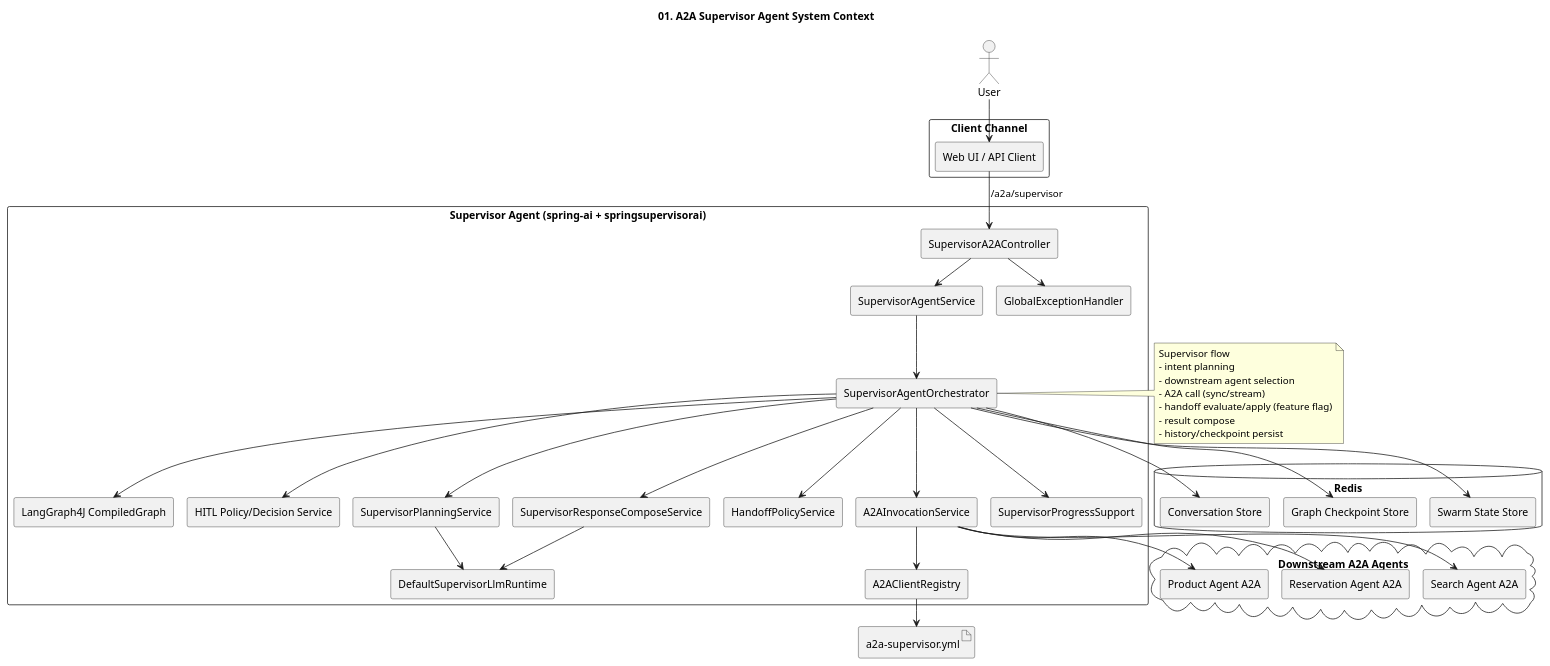
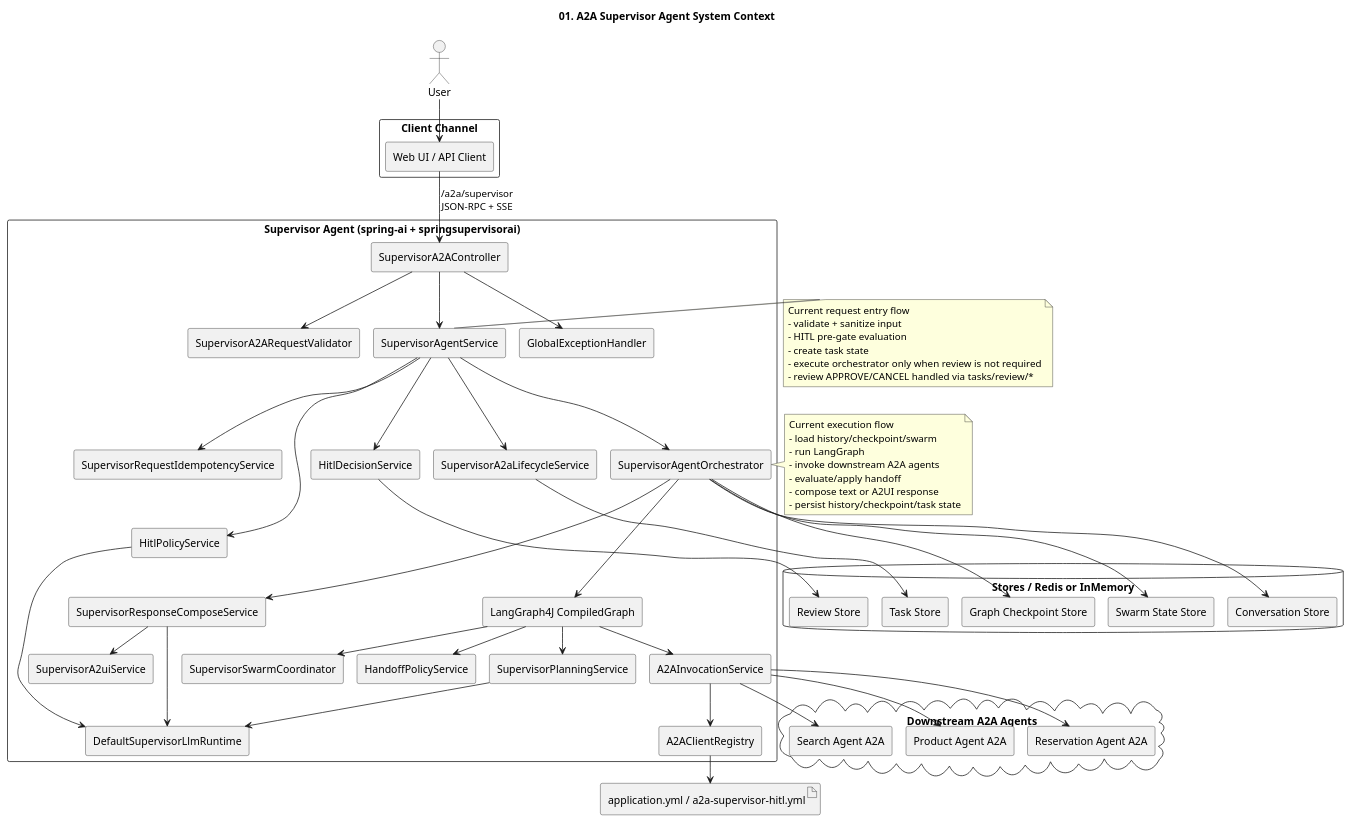
The diagram in documents/a2a-host_agent-architecture/01-system-context.puml (kim57uak/spring-ai), drawn with PlantUML before and after one commit. The commit also changed 15 other files, not shown here.

```diff
--- a/documents/a2a-host_agent-architecture/01-system-context.puml
+++ b/documents/a2a-host_agent-architecture/01-system-context.puml
@@ -1,86 +1,100 @@
 @startuml
 !pragma layout smetana
 title 01. A2A Supervisor Agent System Context
 
 skinparam shadowing false
 skinparam componentStyle rectangle
 
 actor User
 
 rectangle "Client Channel" {
   [Web UI / API Client] as Client
 }
 
 rectangle "Supervisor Agent (spring-ai + springsupervisorai)" {
-  [SupervisorA2AController] as SupervisorA2AController
-  [SupervisorAgentService] as SupervisorService
-  [SupervisorAgentOrchestrator] as SupervisorOrchestrator
-  [LangGraph4J CompiledGraph] as StateGraph
-  [HITL Policy/Decision Service] as HitlService
+  [SupervisorA2AController] as Controller
+  [SupervisorA2ARequestValidator] as Validator
+  [SupervisorAgentService] as Service
+  [SupervisorRequestIdempotencyService] as Idempotency
+  [HitlPolicyService] as HitlPolicy
+  [HitlDecisionService] as HitlDecision
+  [SupervisorA2aLifecycleService] as Lifecycle
+  [SupervisorAgentOrchestrator] as Orchestrator
+  [LangGraph4J CompiledGraph] as Graph
   [SupervisorPlanningService] as Planner
-  [A2AInvocationService] as A2AInvocationService
-  [HandoffPolicyService] as HandoffPolicyService
+  [A2AInvocationService] as Invocation
+  [HandoffPolicyService] as Handoff
+  [SupervisorSwarmCoordinator] as SwarmCoordinator
   [SupervisorResponseComposeService] as Composer
-  [SupervisorProgressSupport] as ProgressSupport
+  [SupervisorA2uiService] as A2uiService
   [DefaultSupervisorLlmRuntime] as LlmRuntime
-  [A2AClientRegistry] as A2ARegistry
+  [A2AClientRegistry] as Registry
   [GlobalExceptionHandler] as Advice
 }
 
-database "Redis" as Redis {
+database "Stores / Redis or InMemory" as Stores {
   [Conversation Store] as ConversationStore
   [Graph Checkpoint Store] as CheckpointStore
   [Swarm State Store] as SwarmStateStore
+  [Review Store] as ReviewStore
+  [Task Store] as TaskStore
 }
 
 cloud "Downstream A2A Agents" {
   [Product Agent A2A] as ProductAgent
   [Reservation Agent A2A] as ReservationAgent
   [Search Agent A2A] as SearchAgent
 }
 
-artifact "a2a-supervisor.yml" as HostYml
+artifact "application.yml / a2a-supervisor-hitl.yml" as Config
 
 User --> Client
-Client --> SupervisorA2AController : /a2a/supervisor
-SupervisorA2AController --> SupervisorService
-SupervisorA2AController --> Advice
-SupervisorService --> SupervisorOrchestrator
-SupervisorOrchestrator --> StateGraph
-SupervisorOrchestrator --> HitlService
-SupervisorOrchestrator --> Planner
-SupervisorOrchestrator --> A2AInvocationService
-SupervisorOrchestrator --> HandoffPolicyService
-SupervisorOrchestrator --> Composer
-SupervisorOrchestrator --> ProgressSupport
+Client --> Controller : /a2a/supervisor\nJSON-RPC + SSE
+Controller --> Validator
+Controller --> Service
+Controller --> Advice
+Service --> Idempotency
+Service --> HitlPolicy
+Service --> HitlDecision
+Service --> Lifecycle
+Service --> Orchestrator
+Orchestrator --> Graph
+Graph --> Planner
+Graph --> Invocation
+Graph --> Handoff
+Graph --> SwarmCoordinator
+Orchestrator --> Composer
+Composer --> A2uiService
 Planner --> LlmRuntime
+HitlPolicy --> LlmRuntime
 Composer --> LlmRuntime
-A2AInvocationService --> A2ARegistry
-A2ARegistry --> HostYml
-A2AInvocationService --> ProductAgent
-A2AInvocationService --> ReservationAgent
-A2AInvocationService --> SearchAgent
-SupervisorOrchestrator --> ConversationStore
-SupervisorOrchestrator --> CheckpointStore
-SupervisorOrchestrator --> SwarmStateStore
+Invocation --> Registry
+Registry --> Config
+Invocation --> ProductAgent
+Invocation --> ReservationAgent
+Invocation --> SearchAgent
+Orchestrator --> ConversationStore
+Orchestrator --> CheckpointStore
+Orchestrator --> SwarmStateStore
+HitlDecision --> ReviewStore
+Lifecycle --> TaskStore
 
-note right of SupervisorOrchestrator
-Supervisor flow
-- intent planning
-- downstream agent selection
-- A2A call (sync/stream)
-- handoff evaluate/apply (feature flag)
-- result compose
-- history/checkpoint persist
+note right of Service
+Current request entry flow
+- validate + sanitize input
+- HITL pre-gate evaluation
+- create task state
+- execute orchestrator only when review is not required
+- review APPROVE/CANCEL handled via tasks/review/*
 end note
 
-' 2026-04-13 sync with doc 34
-' - add handoff policy boundary and feature-flag flow
-' - progress/trace should be emitted via SupervisorProgressSupport
-' - handoff method enum allowlist + stream capability guard
-' 2026-04-12 sync with docs 30/31
-' - Scope: HITL decision limited to APPROVE/CANCEL in current phase
-' - Data mutation requests (create/update/delete) require mandatory HITL
-' - A2A compatibility mode keeps both legacy and v1.0 methods
-' - User profile input collection is deferred to next phase
+note right of Orchestrator
+Current execution flow
+- load history/checkpoint/swarm
+- run LangGraph
+- invoke downstream A2A agents
+- evaluate/apply handoff
+- compose text or A2UI response
+- persist history/checkpoint/task state
+end note
 @enduml
```
